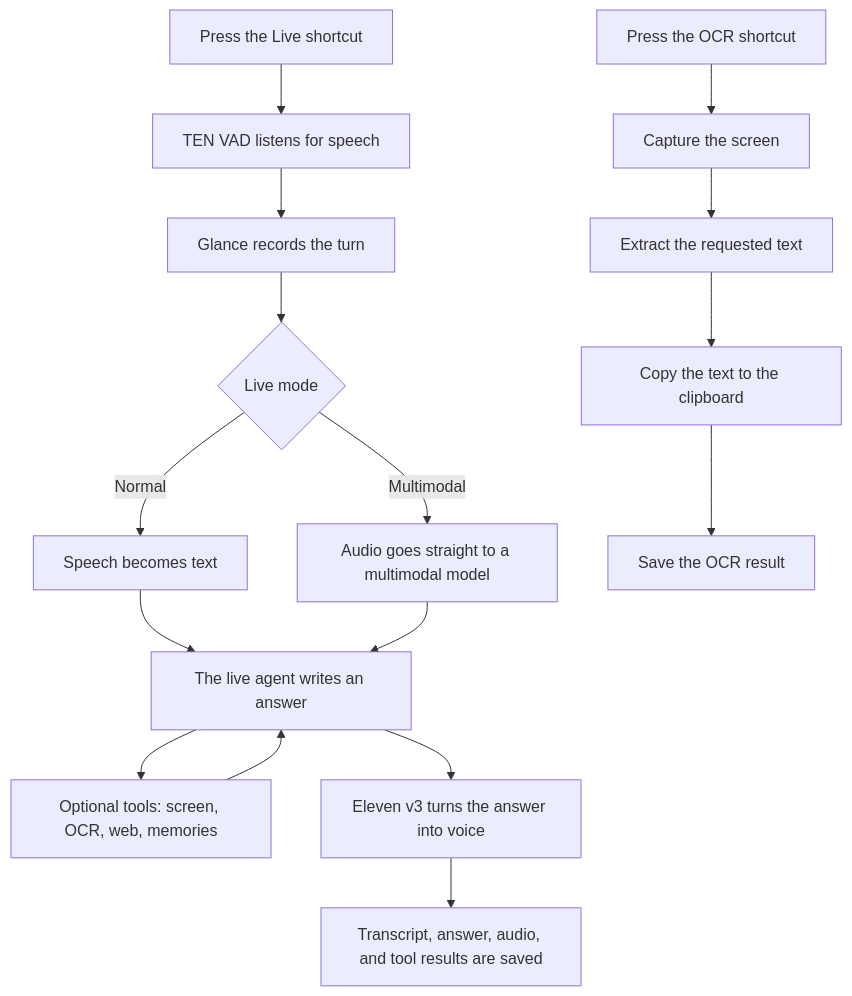
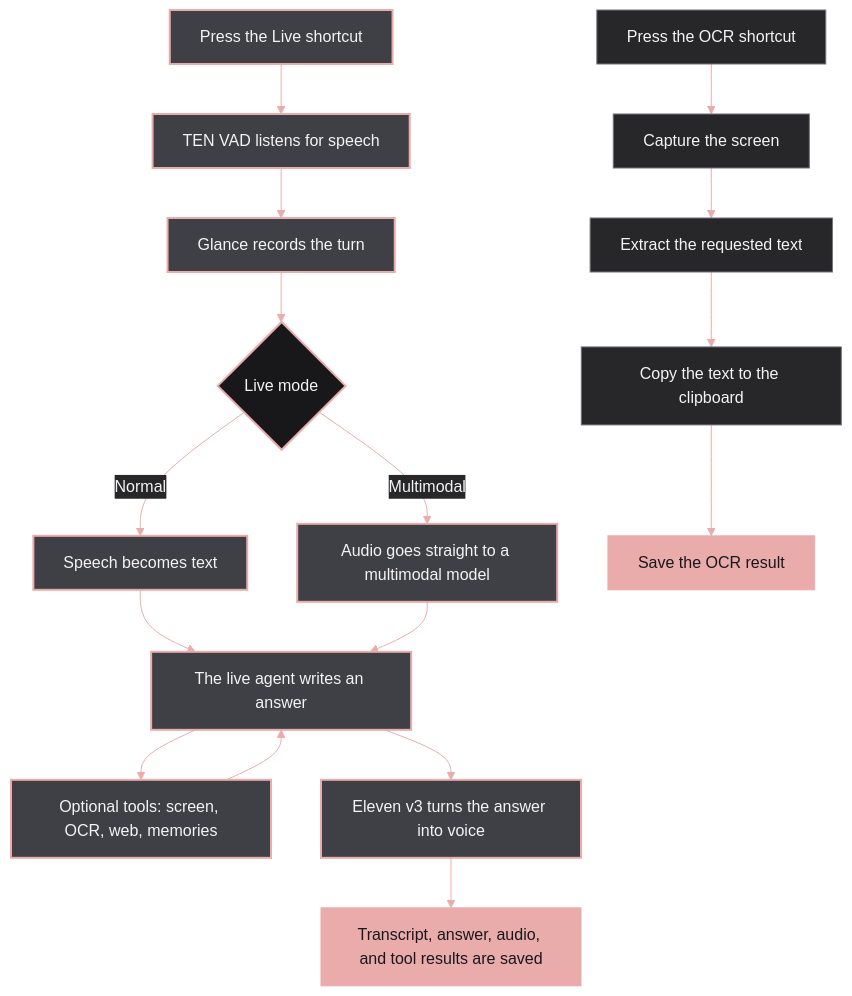
Before and after one commit to Max-109/Glance: the diagram in README.md, drawn with Mermaid.

````diff
--- a/README.md
+++ b/README.md
@@ -32,27 +32,38 @@
 ```mermaid
+%%{init: {"theme": "base", "themeVariables": {"background": "transparent", "primaryColor": "#3f3f46", "primaryTextColor": "#f4f4f5", "primaryBorderColor": "#eaabab", "lineColor": "#eaabab", "secondaryColor": "#27272a", "tertiaryColor": "#18181b", "fontFamily": "Inter, ui-sans-serif, system-ui"}}}%%
 flowchart TD
     LiveShortcut[Press the Live shortcut]
     Vad[TEN VAD listens for speech]
     Recording[Glance records the turn]
     Mode{Live mode}
     Transcription[Speech becomes text]
     Multimodal[Audio goes straight to a multimodal model]
     Agent[The live agent writes an answer]
     Tools[Optional tools: screen, OCR, web, memories]
     Speech[Eleven v3 turns the answer into voice]
     Saved[Transcript, answer, audio, and tool results are saved]
 
     OcrShortcut[Press the OCR shortcut]
     Screen[Capture the screen]
     Extract[Extract the requested text]
     Clipboard[Copy the text to the clipboard]
     OcrSaved[Save the OCR result]
 
     LiveShortcut --> Vad --> Recording --> Mode
     Mode -->|Normal| Transcription --> Agent
     Mode -->|Multimodal| Multimodal --> Agent
     Agent --> Tools --> Agent
     Agent --> Speech --> Saved
 
     OcrShortcut --> Screen --> Extract --> Clipboard --> OcrSaved
+
+    classDef live fill:#3f3f46,stroke:#eaabab,color:#f4f4f5,stroke-width:2px
+    classDef ocr fill:#27272a,stroke:#71717a,color:#f4f4f5
+    classDef saved fill:#eaabab,stroke:#eaabab,color:#18181b
+    classDef decision fill:#18181b,stroke:#eaabab,color:#f4f4f5,stroke-width:2px
+
+    class LiveShortcut,Vad,Recording,Transcription,Multimodal,Agent,Tools,Speech live
+    class OcrShortcut,Screen,Extract,Clipboard ocr
+    class Saved,OcrSaved saved
+    class Mode decision
 ```
````
